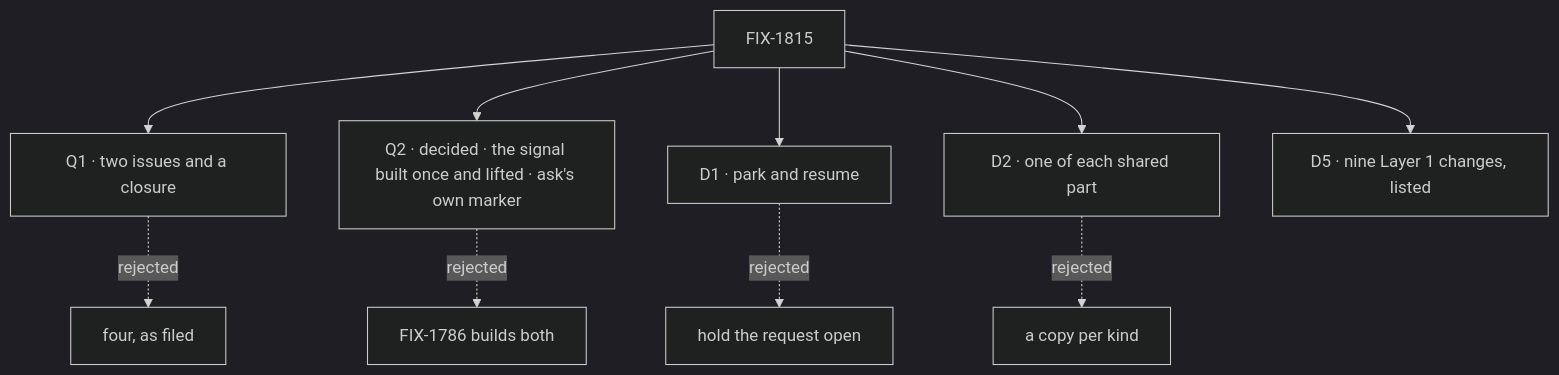
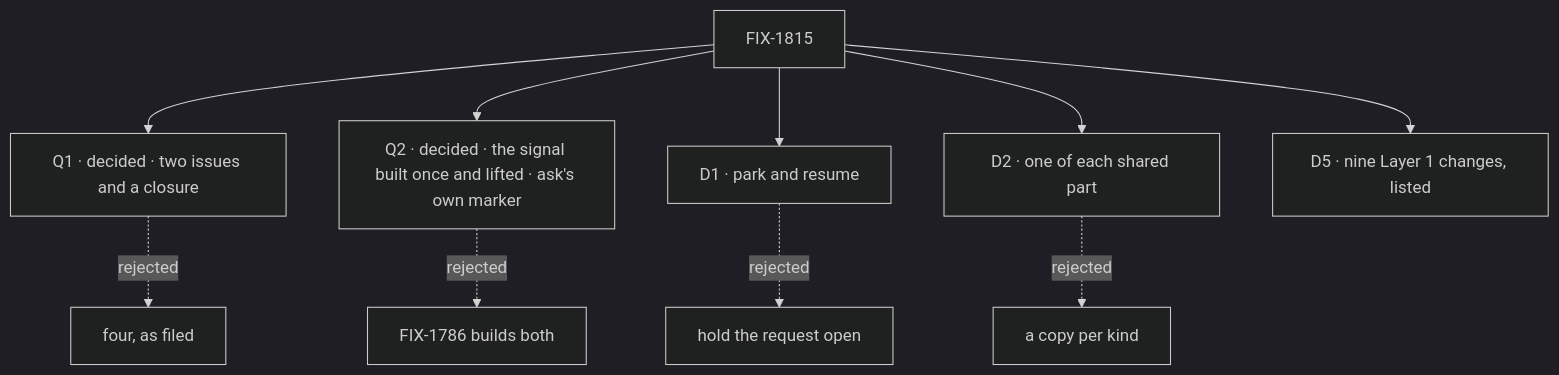
The diagram in specs/epics/FIX-1815/DECISIONS.md (fixpoint-labs/flow-state-dev), drawn with Mermaid (dark theme) before and after one commit. The commit also changed other lines of this file and 7 other files, not shown here.

````diff
--- a/specs/epics/FIX-1815/DECISIONS.md
+++ b/specs/epics/FIX-1815/DECISIONS.md
@@ -12,12 +12,12 @@
 ```mermaid
 flowchart TD
-  E["FIX-1815"] --> Q1["Q1 · two issues and a closure"]
+  E["FIX-1815"] --> Q1["Q1 · decided · two issues and a closure"]
   Q1 -.->|"rejected"| X1["four, as filed"]
   E --> Q2["Q2 · decided · the signal built once and lifted · ask's own marker"]
   Q2 -.->|"rejected"| X2["FIX-1786 builds both"]
   E --> D1["D1 · park and resume"]
   D1 -.->|"rejected"| X3["hold the request open"]
   E --> D2["D2 · one of each shared part"]
   D2 -.->|"rejected"| X4["a copy per kind"]
   E --> D5["D5 · nine Layer 1 changes, listed"]
 ```
````
